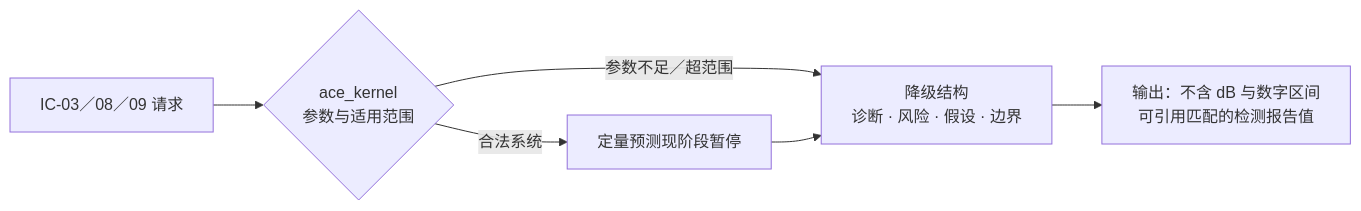
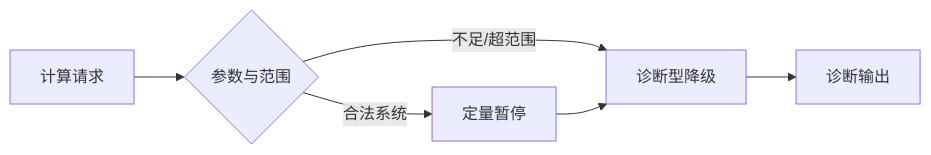
Before and after one commit to eiway112/prefab-interior-agent: the third of 5 diagrams in README.md, drawn with Mermaid. The commit also changed other lines of this file and 1 other file, not shown here.

First line of the commit message:
feat(公开面): 修复 README 流程图文字截断并校正事实（派生自开发仓 8c5f696）

````diff
--- a/README.md
+++ b/README.md
@@ -146,8 +141,8 @@
 ```mermaid
 flowchart LR
-    REQ["IC-03／08／09 请求"] --> K{"ace_kernel<br/>参数与适用范围"}
-    K -- "参数不足／超范围" --> DEG["降级结构<br/>诊断 · 风险 · 假设 · 边界"]
-    K -- "合法系统" --> PAUSE["定量预测现阶段暂停"]
+    REQ["计算请求"] --> K{"参数与范围"}
+    K -- "合法系统" --> PAUSE["定量暂停"]
+    K -- "不足/超范围" --> DEG["诊断型降级"]
     PAUSE --> DEG
-    DEG --> OUT["输出：不含 dB 与数字区间<br/>可引用匹配的检测报告值"]
+    DEG --> OUT["诊断输出"]
 ```
````
